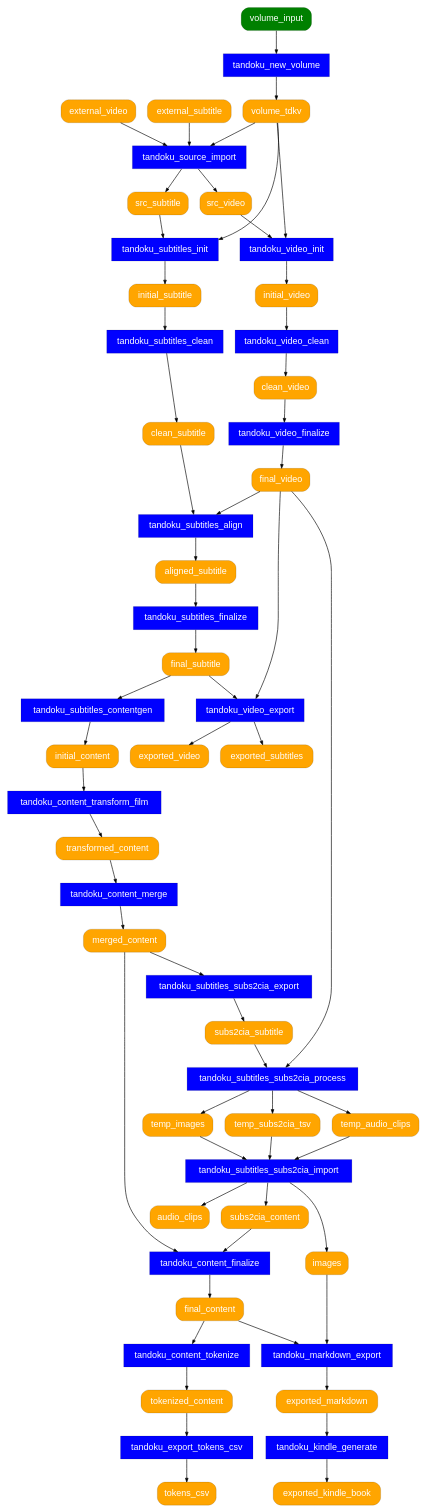
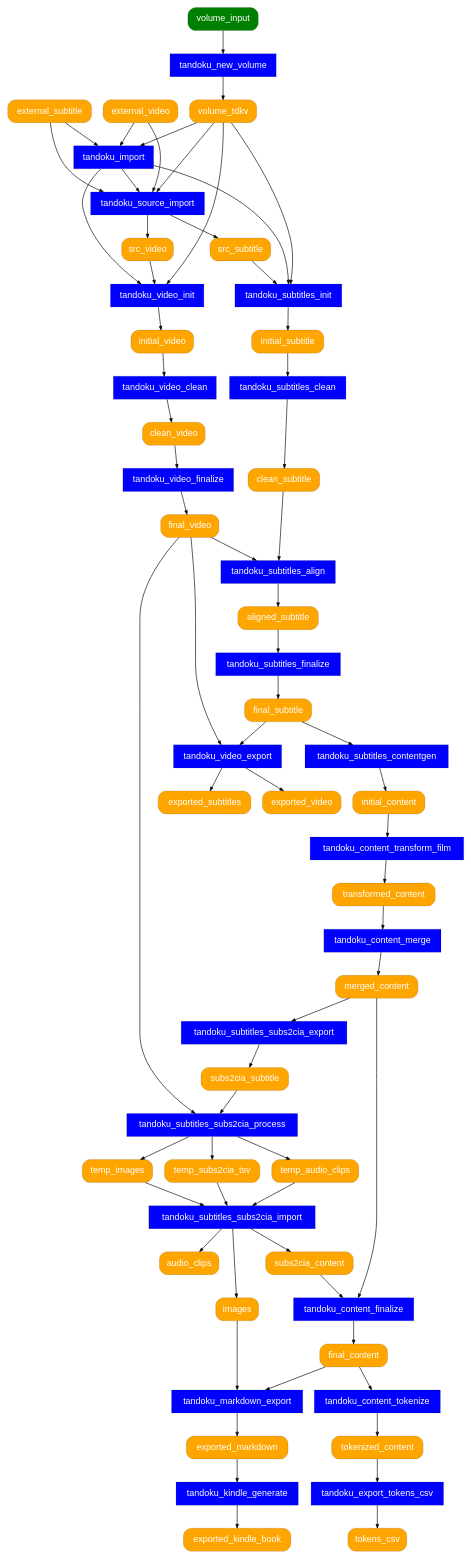
One commit to tandoku/tandoku changed the diagram in docs/tandoku-workflow.dot. Above: the diagram before and after it, drawn with Graphviz.

Commit message:
tandoku-workflow.dot: adding tandoku_import example of higher-level command

```diff
--- a/docs/tandoku-workflow.dot
+++ b/docs/tandoku-workflow.dot
@@ -1,169 +1,178 @@
 # TODO: consider generating this from spreadsheet data using PSGraph
 # (or create workflow definition in YAML, import to spreadsheet and generate graph from YAML)
 digraph {
     graph [fontname="Helvetica"];
     node [fontname="Helvetica" penwidth=0.2];
     edge [fontname="Helvetica" arrowsize="0.6"];
 
     # processes
     node [shape=rect style="filled" fillcolor=blue fontcolor=white];
     # TODO: align to new module-based API structure
     tandoku_new_volume
 
     tandoku_export_tokens_csv
+
+    tandoku_import
     
     ## source processes
     tandoku_source_import
 
     ## film processes (subtitles, video)
     tandoku_subtitles_init
     tandoku_subtitles_clean
     tandoku_subtitles_align
     tandoku_subtitles_finalize
     tandoku_subtitles_contentgen
 
     tandoku_subtitles_subs2cia_export
     tandoku_subtitles_subs2cia_process
     tandoku_subtitles_subs2cia_import
 
     tandoku_video_init
     tandoku_video_clean
     tandoku_video_finalize
     tandoku_video_export
 
     tandoku_content_transform_film
 
     ## content processes
     tandoku_content_merge
     tandoku_content_finalize
     tandoku_content_tokenize
 
     ## markdown, kindle processses
     tandoku_markdown_export
     tandoku_kindle_generate
 
     # artifacts
     node [shape=rect style="filled,rounded" fillcolor=orange];
     volume_tdkv
 
     initial_content
     transformed_content
     merged_content
     tokenized_content
     final_content
 
     images
 
     audio_clips
 
     tokens_csv
 
     ## film artifacts
     external_subtitle
     src_subtitle
     initial_subtitle
     clean_subtitle
     aligned_subtitle
     final_subtitle
 
     external_video
     src_video
     initial_video
     clean_video
     final_video
 
     exported_video
     exported_subtitles
 
     subs2cia_subtitle
     temp_subs2cia_tsv
     temp_audio_clips
     temp_images
     subs2cia_content
 
     ## markdown, kindle
     exported_markdown
     exported_kindle_book
 
     # user input
     node [shape=rect style="filled,rounded" fillcolor=green];
     volume_input
 
     # edges
     volume_input -> tandoku_new_volume
     tandoku_new_volume -> volume_tdkv
 
     tokenized_content -> tandoku_export_tokens_csv
     tandoku_export_tokens_csv -> tokens_csv
 
+    external_subtitle -> tandoku_import
+    external_video -> tandoku_import
+    volume_tdkv -> tandoku_import
+    tandoku_import -> tandoku_source_import
+    tandoku_import -> tandoku_subtitles_init
+    tandoku_import -> tandoku_video_init
+
     volume_tdkv -> tandoku_source_import
 
     ## film edges
     external_subtitle -> tandoku_source_import
     tandoku_source_import -> src_subtitle
     src_subtitle -> tandoku_subtitles_init
     volume_tdkv -> tandoku_subtitles_init
     tandoku_subtitles_init -> initial_subtitle
     initial_subtitle -> tandoku_subtitles_clean
     tandoku_subtitles_clean -> clean_subtitle
 
     external_video -> tandoku_source_import
     tandoku_source_import -> src_video
     src_video -> tandoku_video_init
     volume_tdkv -> tandoku_video_init
     tandoku_video_init -> initial_video
     initial_video -> tandoku_video_clean
     tandoku_video_clean -> clean_video
     clean_video -> tandoku_video_finalize
     tandoku_video_finalize -> final_video
 
     clean_subtitle -> tandoku_subtitles_align
     final_video -> tandoku_subtitles_align
     tandoku_subtitles_align -> aligned_subtitle
     aligned_subtitle -> tandoku_subtitles_finalize
     tandoku_subtitles_finalize -> final_subtitle
 
     final_subtitle -> tandoku_video_export
     final_video -> tandoku_video_export
     tandoku_video_export -> exported_video
     tandoku_video_export -> exported_subtitles
 
     final_subtitle -> tandoku_subtitles_contentgen
     tandoku_subtitles_contentgen -> initial_content
 
     initial_content -> tandoku_content_transform_film
     tandoku_content_transform_film -> transformed_content
 
     merged_content -> tandoku_subtitles_subs2cia_export
     tandoku_subtitles_subs2cia_export -> subs2cia_subtitle
     subs2cia_subtitle -> tandoku_subtitles_subs2cia_process
     final_video -> tandoku_subtitles_subs2cia_process
     tandoku_subtitles_subs2cia_process -> temp_subs2cia_tsv
     tandoku_subtitles_subs2cia_process -> temp_audio_clips
     tandoku_subtitles_subs2cia_process -> temp_images
     temp_subs2cia_tsv -> tandoku_subtitles_subs2cia_import
     temp_audio_clips -> tandoku_subtitles_subs2cia_import
     temp_images -> tandoku_subtitles_subs2cia_import
     tandoku_subtitles_subs2cia_import -> audio_clips
     tandoku_subtitles_subs2cia_import -> images
     tandoku_subtitles_subs2cia_import -> subs2cia_content
     subs2cia_content -> tandoku_content_finalize
 
     ## general content edges
     transformed_content -> tandoku_content_merge
     tandoku_content_merge -> merged_content
     merged_content -> tandoku_content_finalize
     tandoku_content_finalize -> final_content
 
     final_content -> tandoku_content_tokenize
     tandoku_content_tokenize -> tokenized_content
 
     ## markdown export
     final_content -> tandoku_markdown_export
     images -> tandoku_markdown_export
     tandoku_markdown_export -> exported_markdown
 
     ## kindle export
     exported_markdown -> tandoku_kindle_generate
     tandoku_kindle_generate -> exported_kindle_book
 }
```
